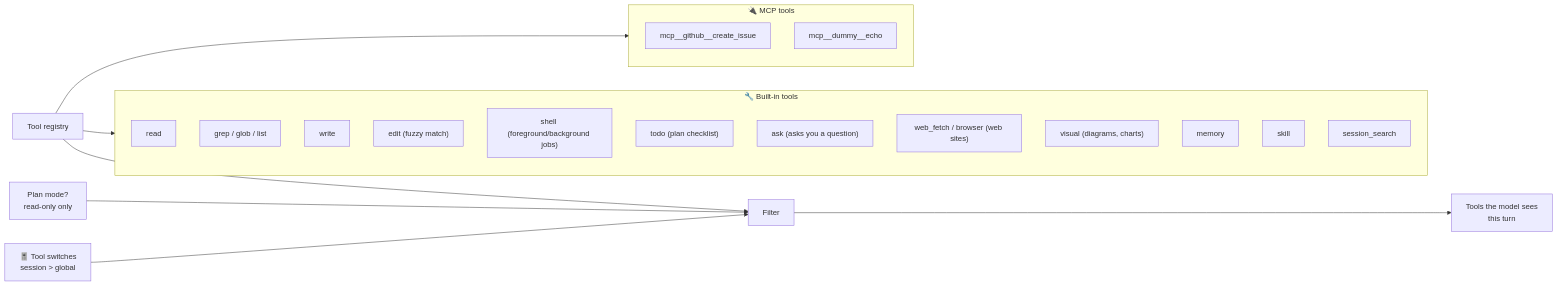
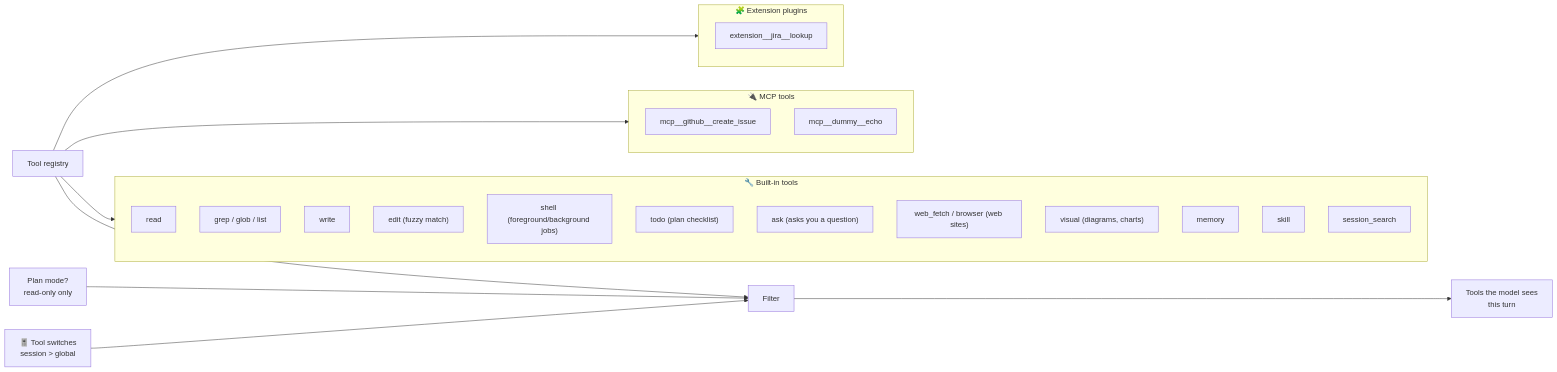
The sixth of 18 diagrams in HOW-IT-WORKS.md (Ady-JK/paladin), drawn with Mermaid before and after one commit. The commit also changed other lines of this file and 18 other files, not shown here.

````diff
--- a/HOW-IT-WORKS.md
+++ b/HOW-IT-WORKS.md
@@ -261,26 +261,30 @@
 ```mermaid
 flowchart LR
     subgraph Builtin["🔧 Built-in tools"]
         read["read"]
         search["grep / glob / list"]
         write["write"]
         edit["edit (fuzzy match)"]
         shell["shell (foreground/background jobs)"]
         todo["todo (plan checklist)"]
         ask["ask (asks you a question)"]
         web["web_fetch / browser (web sites)"]
         visual["visual (diagrams, charts)"]
         memory["memory"]
         skill["skill"]
         ss["session_search"]
     end
     subgraph MCP["🔌 MCP tools"]
         m1["mcp__github__create_issue"]
         m2["mcp__dummy__echo"]
     end
+    subgraph EXT["🧩 Extension plugins"]
+        e1["extension__jira__lookup"]
+    end
     Registry["Tool registry"] --> Builtin
     Registry --> MCP
+    Registry --> EXT
     Switches["🎚️ Tool switches<br/>session > global"] --> Filter["Filter"]
     Registry --> Filter --> Model["Tools the model sees<br/>this turn"]
     Plan["Plan mode?<br/>read-only only"] --> Filter
 ```
````
